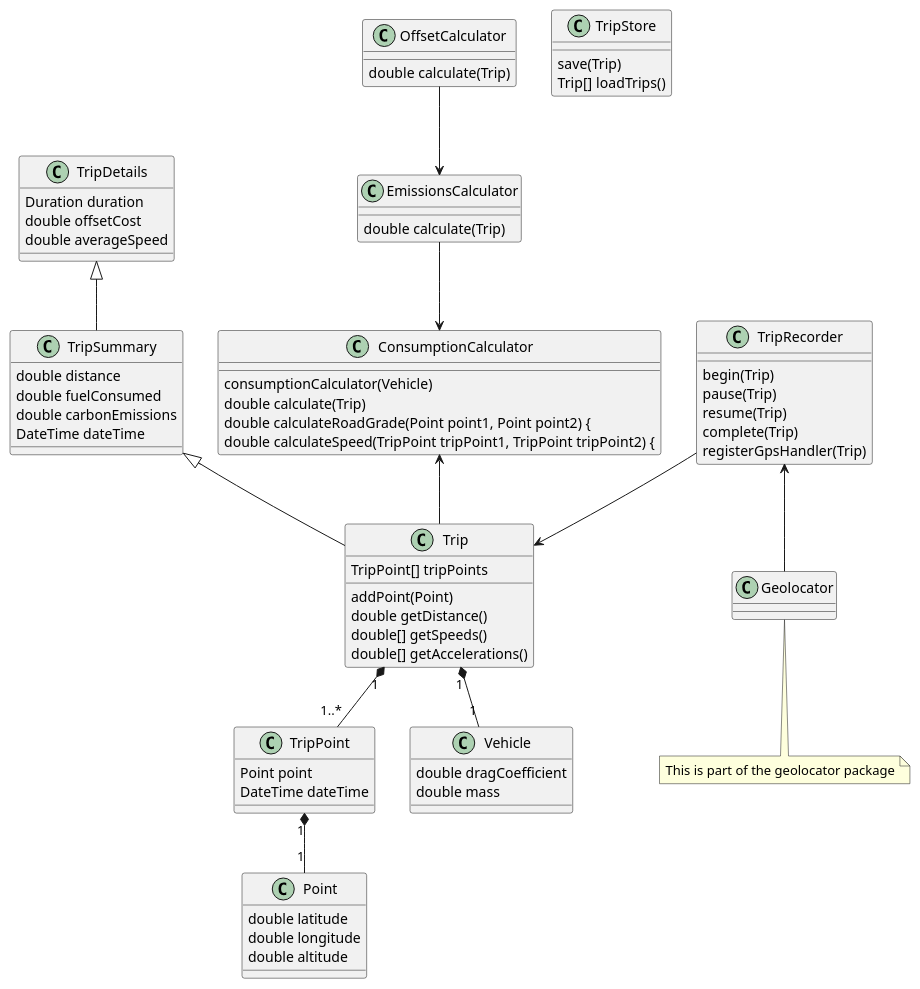
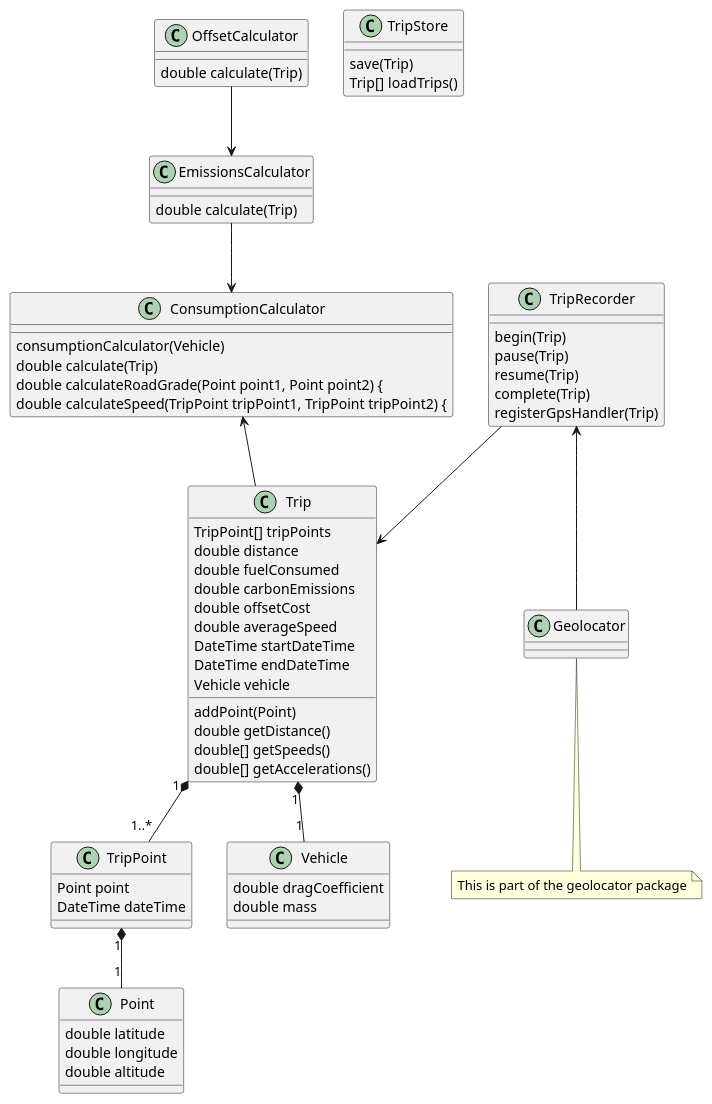
Before and after one commit to Jmorjsm/emissions-offset: the diagram in docs/design_class_uml.md, drawn with PlantUML. The commit also changed 3 other files, not shown here.

```diff
--- a/docs/design_class_uml.md
+++ b/docs/design_class_uml.md
@@ -1,74 +1,70 @@
 @startuml
 'Basic models
 class Point
 Point : double latitude
 Point : double longitude
 Point : double altitude
 
 class TripPoint
 TripPoint : Point point
 TripPoint : DateTime dateTime
 TripPoint "1" *-- "1" Point
 
 class Vehicle
 Vehicle : double dragCoefficient
 Vehicle : double mass
 
 class Trip
 Trip : TripPoint[] tripPoints
 Trip : addPoint(Point)
 Trip : double getDistance()
 Trip : double[] getSpeeds()
 Trip : double[] getAccelerations()
+Trip : double distance
+Trip : double fuelConsumed
+Trip : double carbonEmissions
+Trip : double offsetCost
+Trip : double averageSpeed
+Trip : DateTime startDateTime
+Trip : DateTime endDateTime
+Trip : Vehicle vehicle
+
 Trip "1" *-- "1..*" TripPoint
 Trip "1" *-- "1" Vehicle
-
-class TripSummary
-TripSummary : double distance
-TripSummary : double fuelConsumed
-TripSummary : double carbonEmissions
-TripSummary : DateTime dateTime
-TripSummary <|-- Trip
-
-class TripDetails
-TripDetails : Duration duration
-TripDetails : double offsetCost
-TripDetails : double averageSpeed
-TripDetails <|-- TripSummary
 
 'Trip recording
 class TripRecorder
 TripRecorder : begin(Trip)
 TripRecorder : pause(Trip)
 TripRecorder : resume(Trip)
 TripRecorder : complete(Trip)
 TripRecorder : registerGpsHandler(Trip)
 TripRecorder --> Trip
 TripRecorder <-- Geolocator
 
 class Geolocator
 note "This is part of the geolocator package" as NGeolocator1
 Geolocator .. NGeolocator1
 
 class TripStore
 TripStore : save(Trip)
 TripStore : Trip[] loadTrips()
 
 'Fuel Consumption
 class ConsumptionCalculator
 ConsumptionCalculator : consumptionCalculator(Vehicle)
 ConsumptionCalculator : double calculate(Trip)
 ConsumptionCalculator : double calculateRoadGrade(Point point1, Point point2) {
 ConsumptionCalculator : double calculateSpeed(TripPoint tripPoint1, TripPoint tripPoint2) {
 ConsumptionCalculator <-- Trip
 
 'Offset calculation
 class EmissionsCalculator
 EmissionsCalculator : double calculate(Trip)
 EmissionsCalculator --> ConsumptionCalculator
 
 class OffsetCalculator
 OffsetCalculator : double calculate(Trip)
 OffsetCalculator --> EmissionsCalculator
 
 @enduml
```
